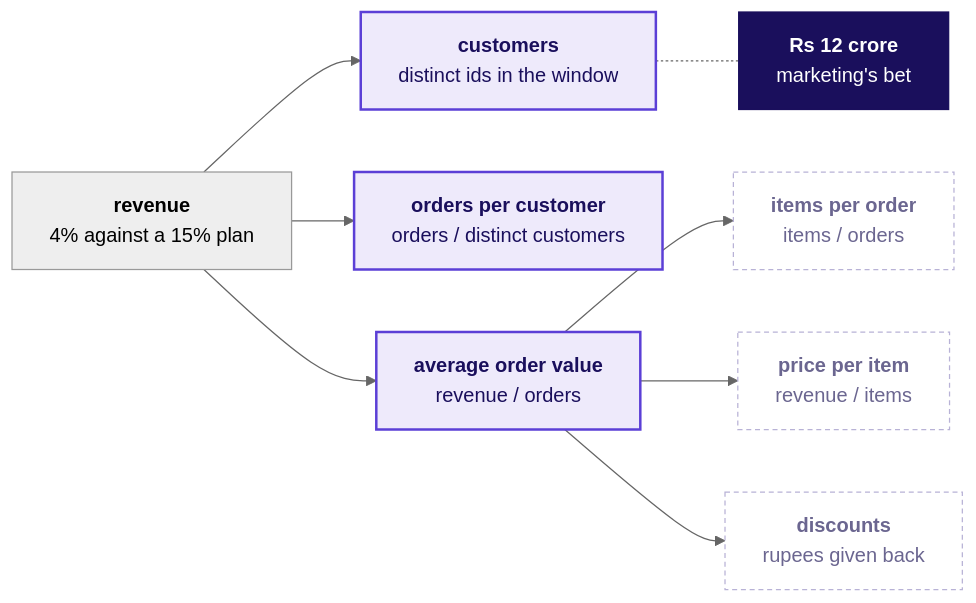
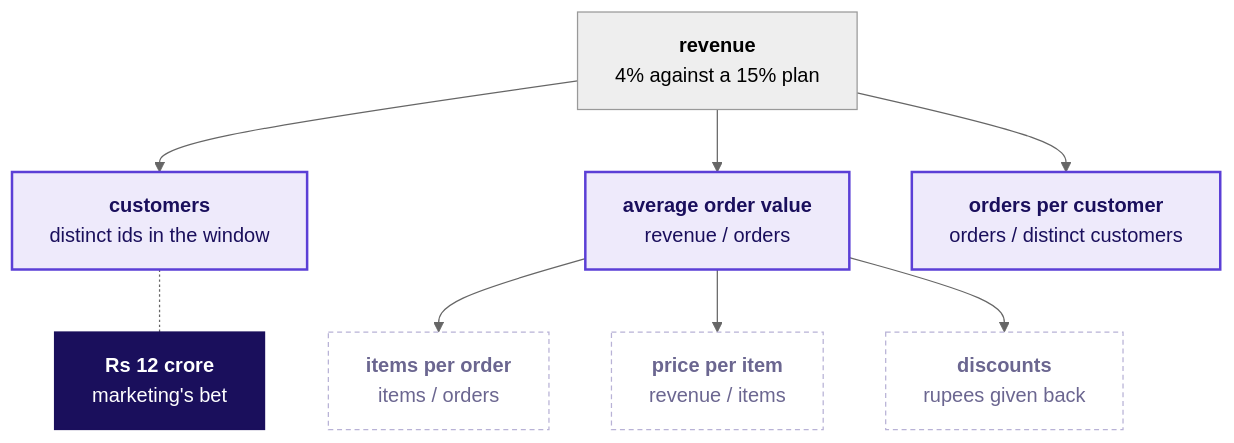
One commit to fde-academy-lab/c2-content-factory changed the first of 7 diagrams in content/W01/D1/whiteboards/C2_W01_D01_board_work_STUDENT.md. Above: the diagram before and after it, drawn with Mermaid (neutral theme). The commit also changed 4 other files, not shown here.

````diff
--- a/content/W01/D1/whiteboards/C2_W01_D01_board_work_STUDENT.md
+++ b/content/W01/D1/whiteboards/C2_W01_D01_board_work_STUDENT.md
@@ -11,16 +11,16 @@
 ```mermaid
-flowchart LR
+flowchart TB
     R["<b>revenue</b><br/>4% against a 15% plan"] --> C["<b>customers</b><br/>distinct ids in the window"]
-    R --> F["<b>orders per customer</b><br/>orders / distinct customers"]
     R --> A["<b>average order value</b><br/>revenue / orders"]
     A --> I["<b>items per order</b><br/>items / orders"]
     A --> P["<b>price per item</b><br/>revenue / items"]
     A --> D["<b>discounts</b><br/>rupees given back"]
+    R --> F["<b>orders per customer</b><br/>orders / distinct customers"]
     C -.- B["<b>Rs 12 crore</b><br/>marketing's bet"]
     classDef known fill:#EEEAFB,stroke:#5B3FD6,color:#1A0F5C,stroke-width:2px
     classDef unknown fill:#FFFFFF,stroke:#B8B2D6,color:#6B6690,stroke-dasharray:4 3
     classDef bet fill:#1A0F5C,stroke:#1A0F5C,color:#FFFFFF
     class C,F,A known
     class I,P,D unknown
     class B bet
 ```
````
